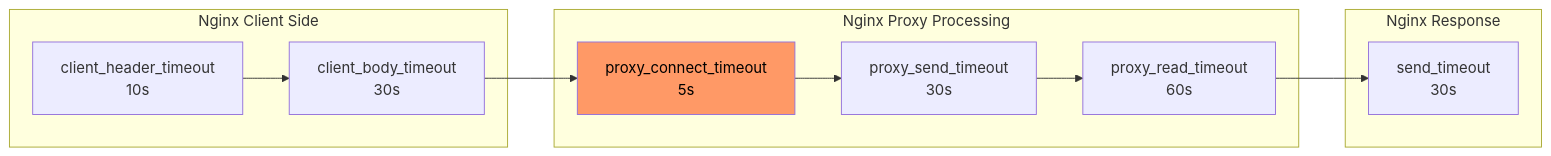
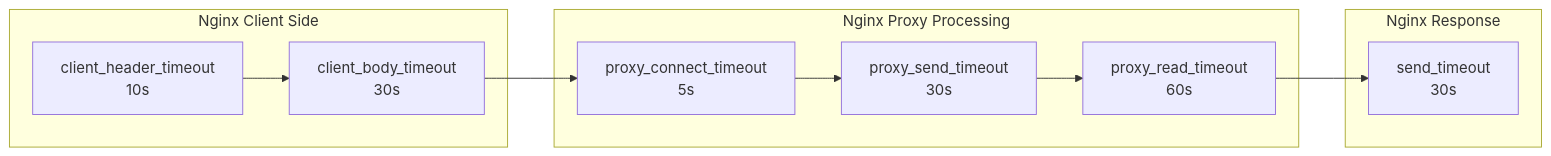
Before and after one commit to webstackdev/astro.webstackbuilders.com: the second of 3 diagrams in src/content/articles/nginx-haproxy-reverse-proxy-production-tuning/pdf.mdx, drawn with Mermaid. The commit also changed other lines of this file and 68 other files, not shown here.

````diff
--- a/src/content/articles/nginx-haproxy-reverse-proxy-production-tuning/pdf.mdx
+++ b/src/content/articles/nginx-haproxy-reverse-proxy-production-tuning/pdf.mdx
@@ -262,18 +262,16 @@
 ```mermaid
 flowchart LR
-  subgraph nginxClientSide[Nginx Client Side]
-    A[client_header_timeout<br/>10s] --> B[client_body_timeout<br/>30s]
+  subgraph nginxClientSide["Nginx Client Side"]
+    A["client_header_timeout\n10s"] --> B["client_body_timeout\n30s"]
   end
 
-  subgraph nginxProxyProcessing[Nginx Proxy Processing]
-    B --> C[proxy_connect_timeout<br/>5s]
-    C --> D[proxy_send_timeout<br/>30s]
-    D --> E[proxy_read_timeout<br/>60s]
+  subgraph nginxProxyProcessing["Nginx Proxy Processing"]
+    B --> C["proxy_connect_timeout\n5s"]
+    C --> D["proxy_send_timeout\n30s"]
+    D --> E["proxy_read_timeout\n60s"]
   end
 
-  subgraph nginxResponse[Nginx Response]
-    E --> F[send_timeout<br/>30s]
+  subgraph nginxResponse["Nginx Response"]
+    E --> F["send_timeout\n30s"]
   end
-
-  style C fill:#f96,color:#000
 ```
````
